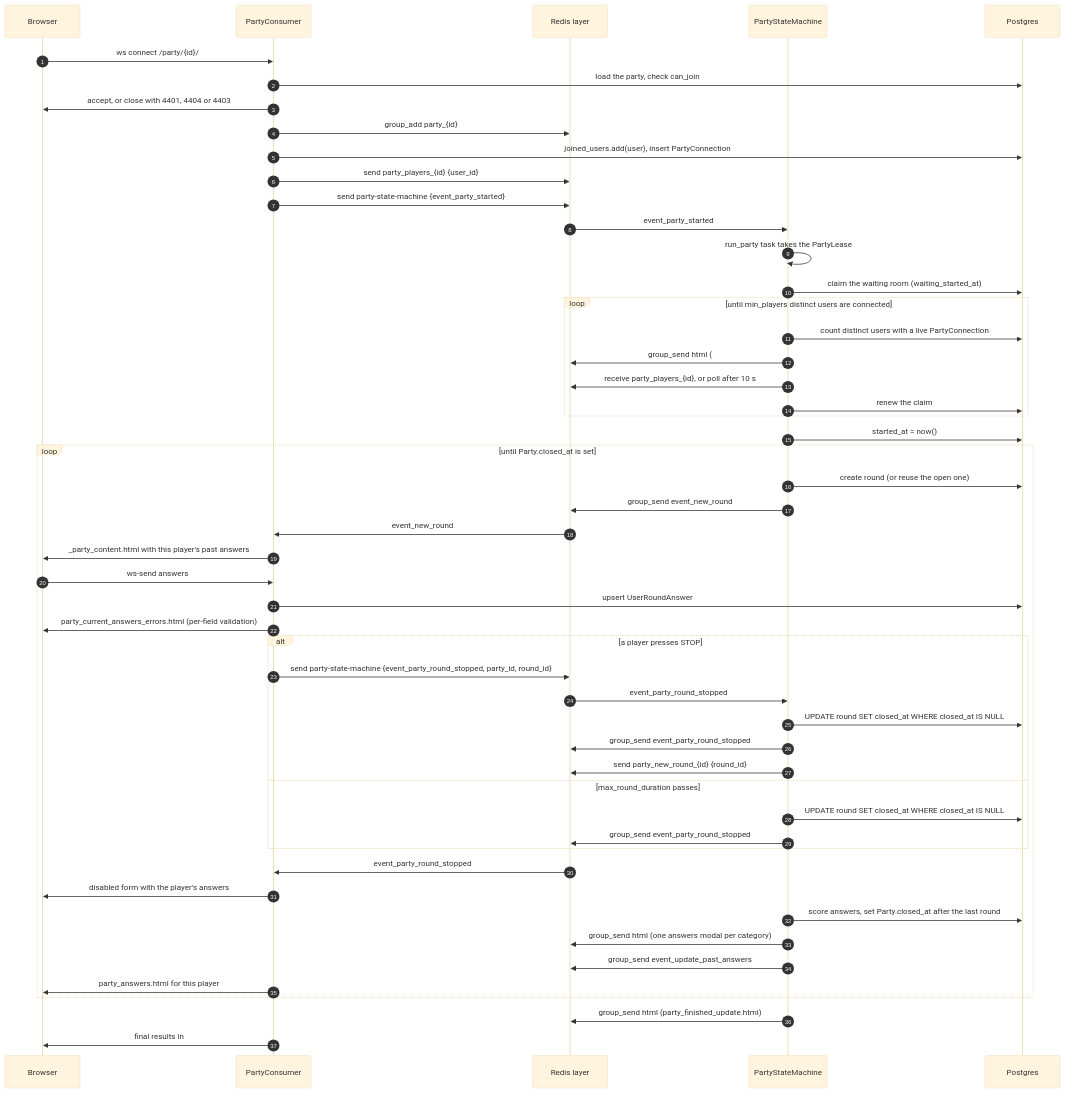
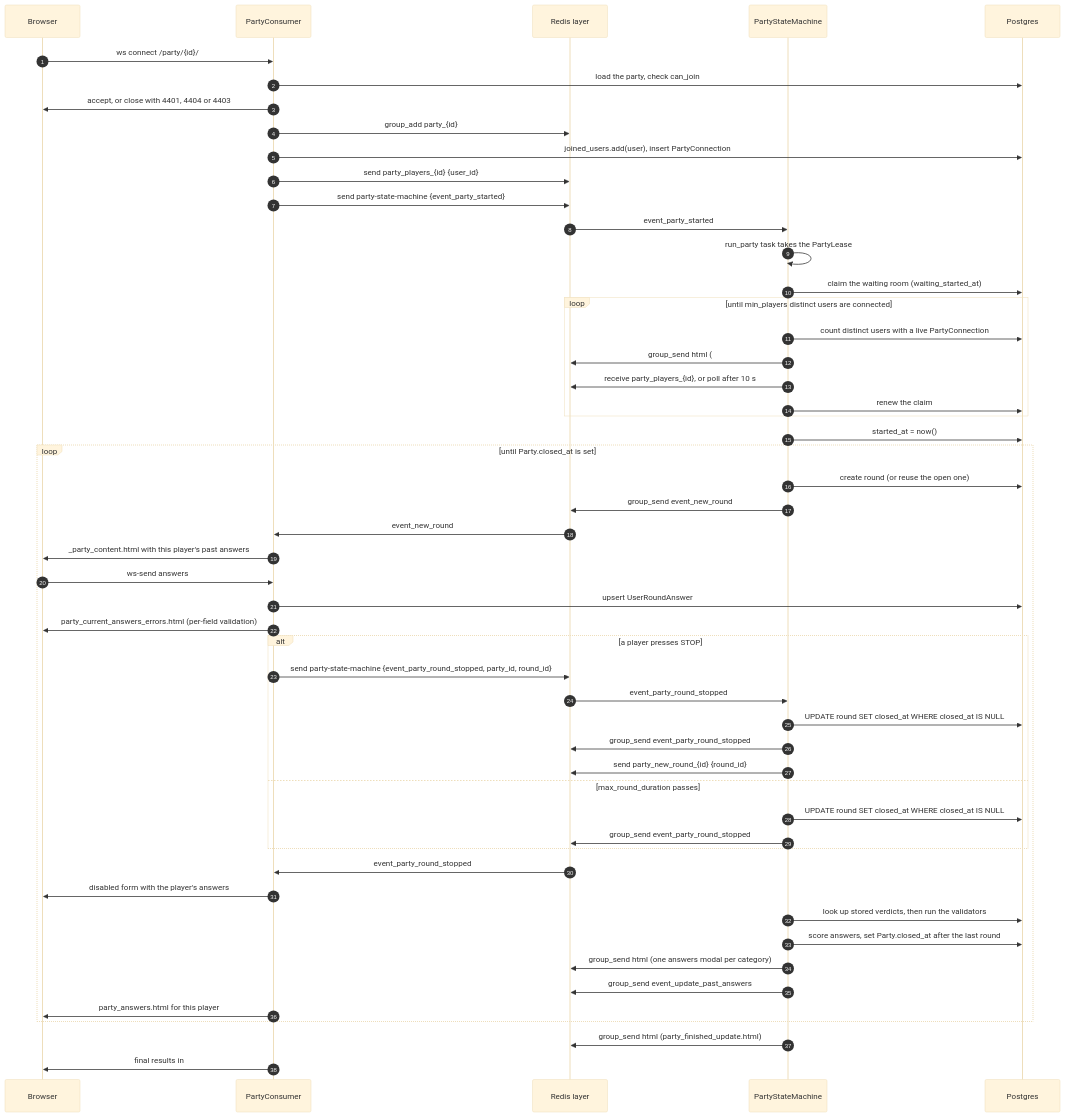
The second of 5 diagrams in docs/architecture.md (DanielGnzlzVll/AACX), drawn with Mermaid (base theme) before and after one commit. The commit also changed other lines of this file and 29 other files, not shown here.

````diff
--- a/docs/architecture.md
+++ b/docs/architecture.md
@@ -158,54 +159,55 @@
 ```mermaid
 sequenceDiagram
     autonumber
     participant B as Browser
     participant C as PartyConsumer
     participant R as Redis layer
     participant SM as PartyStateMachine
     participant DB as Postgres
 
     B->>C: ws connect /party/{id}/
     C->>DB: load the party, check can_join
     C->>B: accept, or close with 4401, 4404 or 4403
     C->>R: group_add party_{id}
     C->>DB: joined_users.add(user), insert PartyConnection
     C->>R: send party_players_{id} {user_id}
     C->>R: send party-state-machine {event_party_started}
     R->>SM: event_party_started
     SM->>SM: run_party task takes the PartyLease
     SM->>DB: claim the waiting room (waiting_started_at)
     loop until min_players distinct users are connected
         SM->>DB: count distinct users with a live PartyConnection
         SM->>R: group_send html (#party_content)
         SM->>R: receive party_players_{id}, or poll after 10 s
         SM->>DB: renew the claim
     end
     SM->>DB: started_at = now()
     loop until Party.closed_at is set
         SM->>DB: create round (or reuse the open one)
         SM->>R: group_send event_new_round
         R->>C: event_new_round
         C->>B: _party_content.html with this player's past answers
         B->>C: ws-send answers
         C->>DB: upsert UserRoundAnswer
         C->>B: party_current_answers_errors.html (per-field validation)
         alt a player presses STOP
             C->>R: send party-state-machine {event_party_round_stopped, party_id, round_id}
             R->>SM: event_party_round_stopped
             SM->>DB: UPDATE round SET closed_at WHERE closed_at IS NULL
             SM->>R: group_send event_party_round_stopped
             SM->>R: send party_new_round_{id} {round_id}
         else max_round_duration passes
             SM->>DB: UPDATE round SET closed_at WHERE closed_at IS NULL
             SM->>R: group_send event_party_round_stopped
         end
         R->>C: event_party_round_stopped
         C->>B: disabled form with the player's answers
+        SM->>DB: look up stored verdicts, then run the validators
         SM->>DB: score answers, set Party.closed_at after the last round
         SM->>R: group_send html (one answers modal per category)
         SM->>R: group_send event_update_past_answers
         C->>B: party_answers.html for this player
     end
     SM->>R: group_send html (party_finished_update.html)
     C->>B: final results in #party_current_answers and #party_reports
 ```
````
